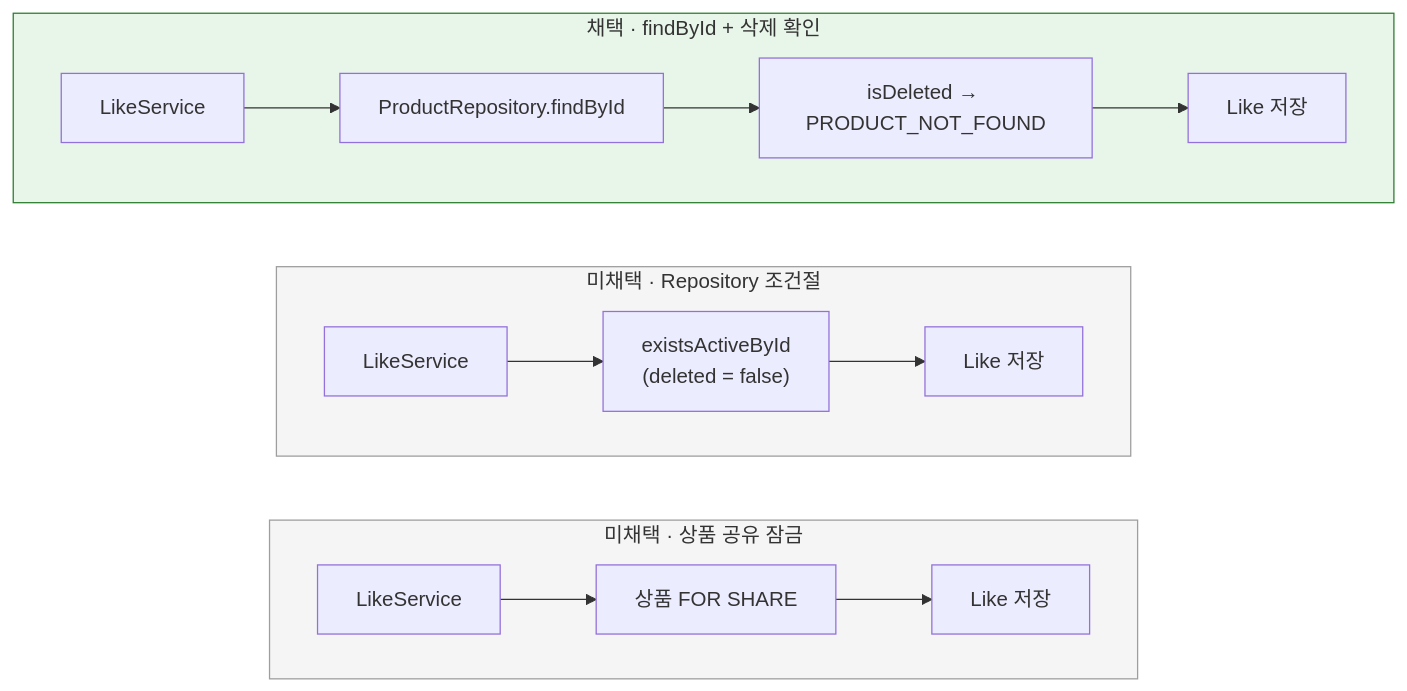
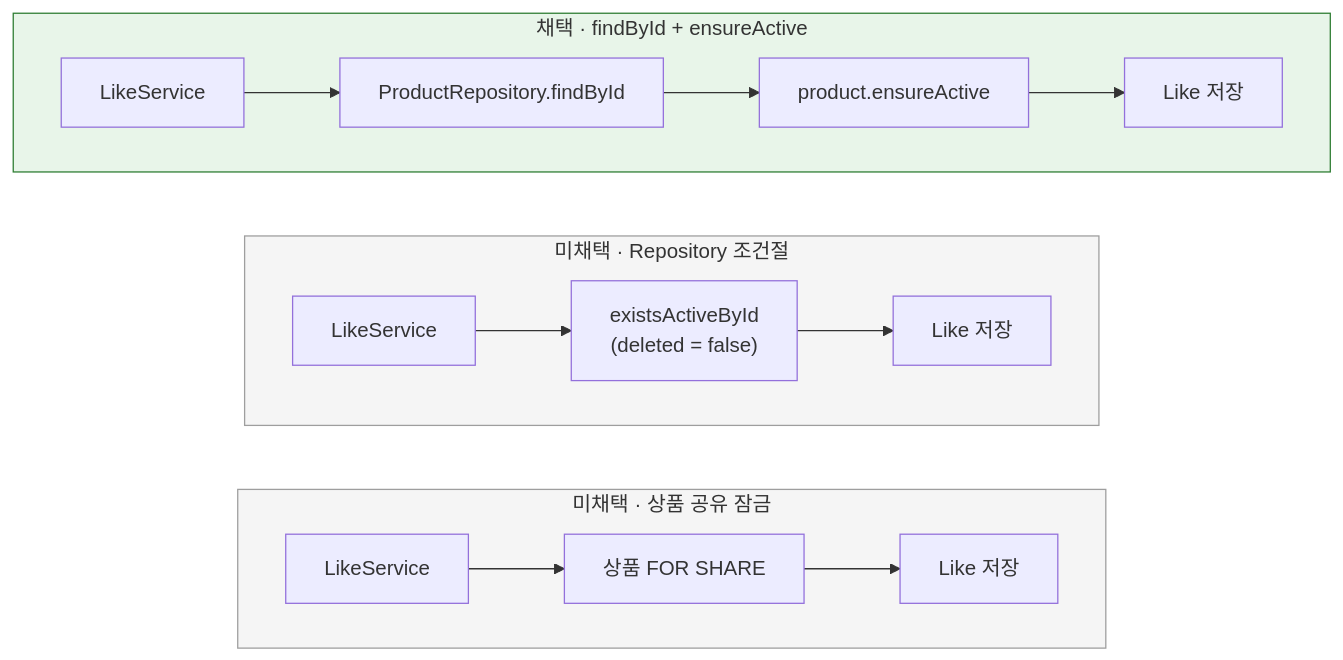
One commit to corinB/loop-pack-be-l2-vol5-java changed the diagram in docs/week3-2/r03-jdbc-and-like-aggregation/trade_off/03-like-product-check.md. Above: the diagram before and after it, drawn with Mermaid. The commit also changed other lines of this file and 3 other files, not shown here.

````diff
--- a/docs/week3-2/r03-jdbc-and-like-aggregation/trade_off/03-like-product-check.md
+++ b/docs/week3-2/r03-jdbc-and-like-aggregation/trade_off/03-like-product-check.md
@@ -20,19 +21,19 @@
 ```mermaid
 flowchart TB
-    subgraph A["채택 · findById + 삭제 확인"]
+    subgraph A["채택 · findById + ensureActive"]
         direction LR
-        A1["LikeService"] --> A2["ProductRepository.findById"] --> A3["isDeleted → PRODUCT_NOT_FOUND"] --> A4["Like 저장"]
+        A1["LikeService"] --> A2["ProductRepository.findById"] --> A3["product.ensureActive"] --> A4["Like 저장"]
     end
     subgraph B["미채택 · Repository 조건절"]
         direction LR
         B1["LikeService"] --> B2["existsActiveById<br/>(deleted = false)"] --> B3["Like 저장"]
     end
     subgraph C["미채택 · 상품 공유 잠금"]
         direction LR
         C1["LikeService"] --> C2["상품 FOR SHARE"] --> C3["Like 저장"]
     end
     A ~~~ B ~~~ C
     style A fill:#e8f5e9,stroke:#2e7d32
     style B fill:#f5f5f5,stroke:#9e9e9e
     style C fill:#f5f5f5,stroke:#9e9e9e
 ```
````
